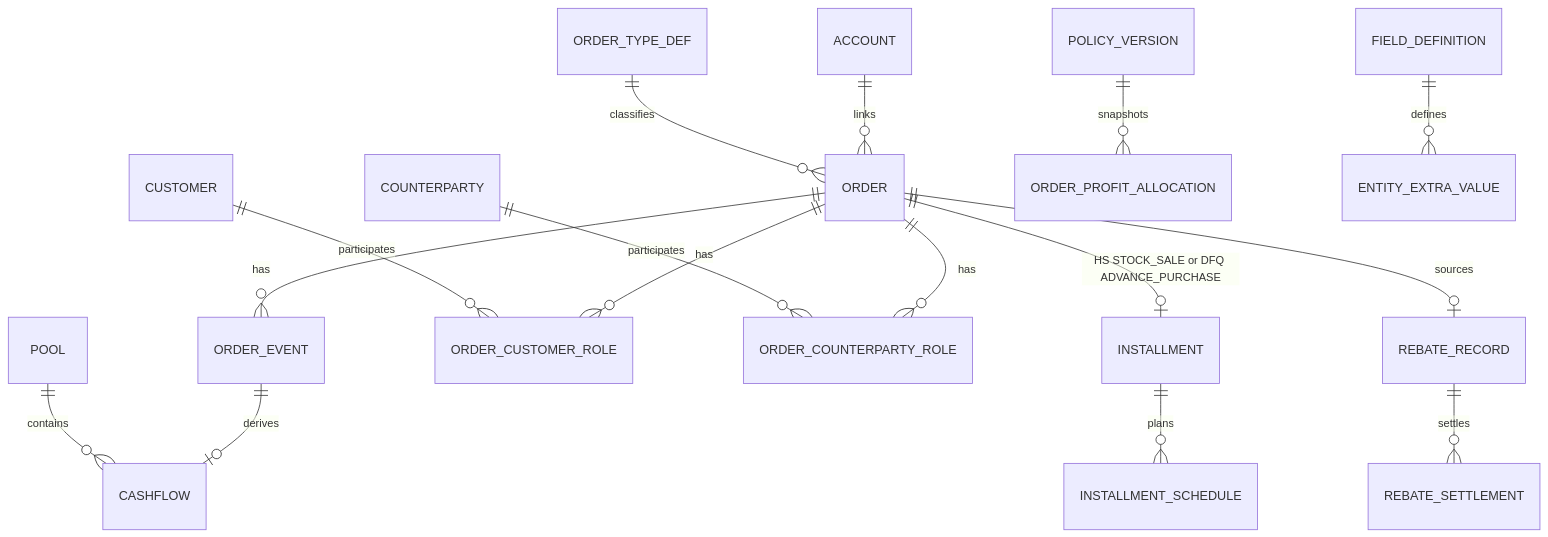
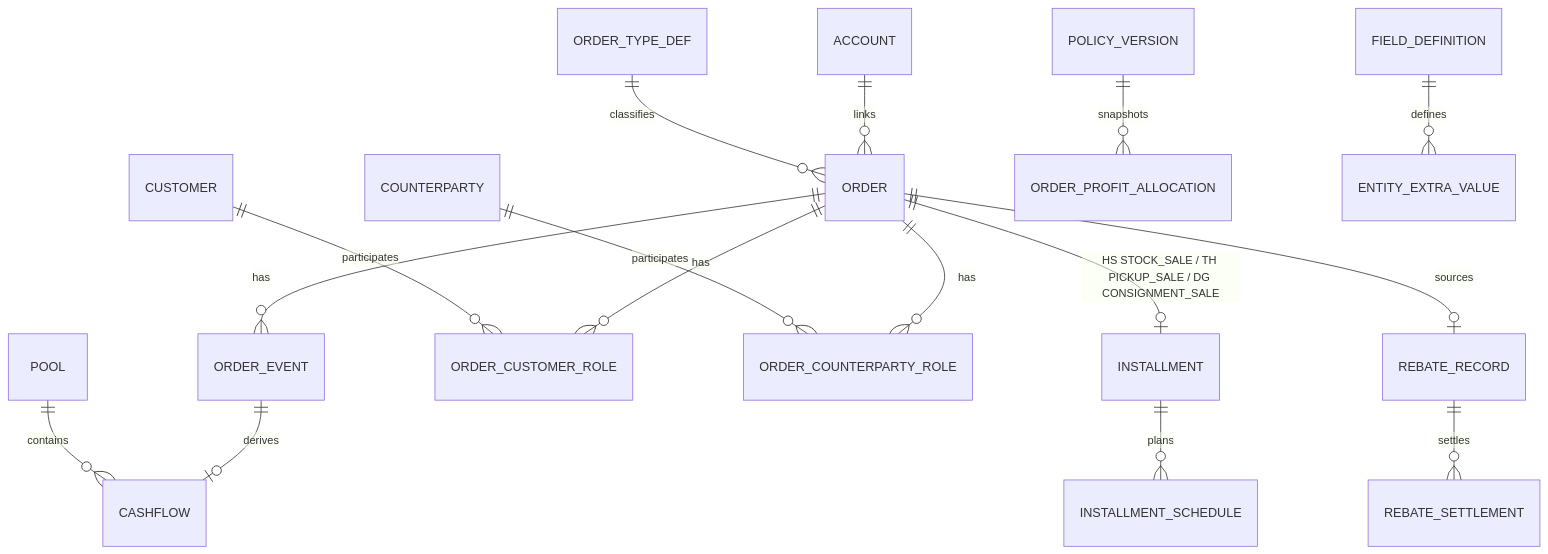
Before and after one commit to heyi2019/hjsd: the diagram in docs/ERP_架构设计_v1.0.md, drawn with Mermaid. The commit also changed other lines of this file and 39 other files, not shown here.

````diff
--- a/docs/ERP_架构设计_v1.0.md
+++ b/docs/ERP_架构设计_v1.0.md
@@ -59,18 +65,18 @@
 ```mermaid
 erDiagram
   POOL ||--o{ CASHFLOW : contains
   ORDER_TYPE_DEF ||--o{ ORDER : classifies
   ORDER ||--o{ ORDER_EVENT : has
   ORDER_EVENT ||--o| CASHFLOW : derives
   ACCOUNT ||--o{ ORDER : links
   CUSTOMER ||--o{ ORDER_CUSTOMER_ROLE : participates
   ORDER ||--o{ ORDER_CUSTOMER_ROLE : has
   COUNTERPARTY ||--o{ ORDER_COUNTERPARTY_ROLE : participates
   ORDER ||--o{ ORDER_COUNTERPARTY_ROLE : has
-  ORDER ||--o| INSTALLMENT : "HS STOCK_SALE or DFQ ADVANCE_PURCHASE"
+  ORDER ||--o| INSTALLMENT : "HS STOCK_SALE / TH PICKUP_SALE / DG CONSIGNMENT_SALE"
   INSTALLMENT ||--o{ INSTALLMENT_SCHEDULE : plans
   ORDER ||--o| REBATE_RECORD : sources
   REBATE_RECORD ||--o{ REBATE_SETTLEMENT : settles
   POLICY_VERSION ||--o{ ORDER_PROFIT_ALLOCATION : snapshots
   FIELD_DEFINITION ||--o{ ENTITY_EXTRA_VALUE : defines
 ```
````
